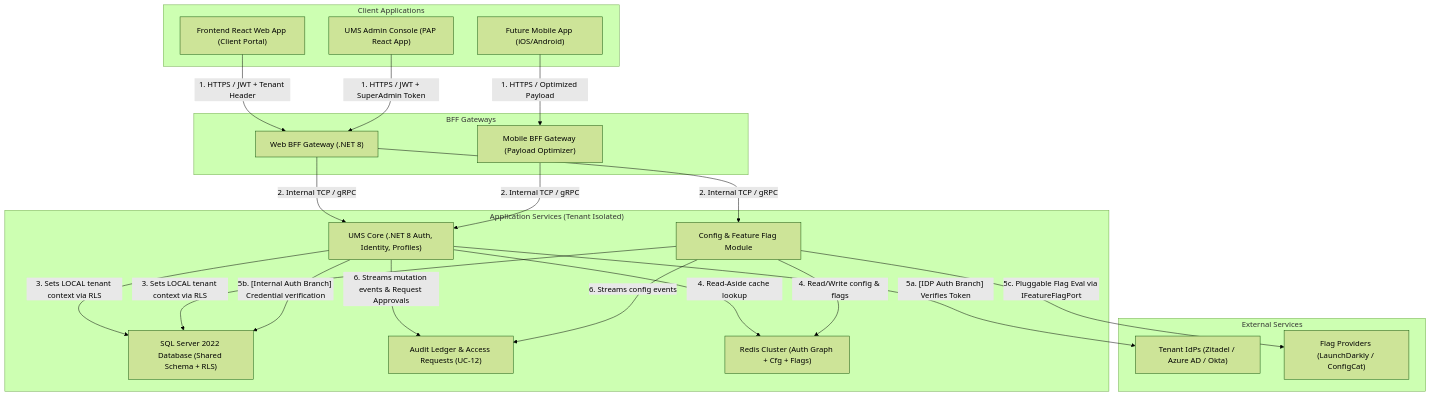
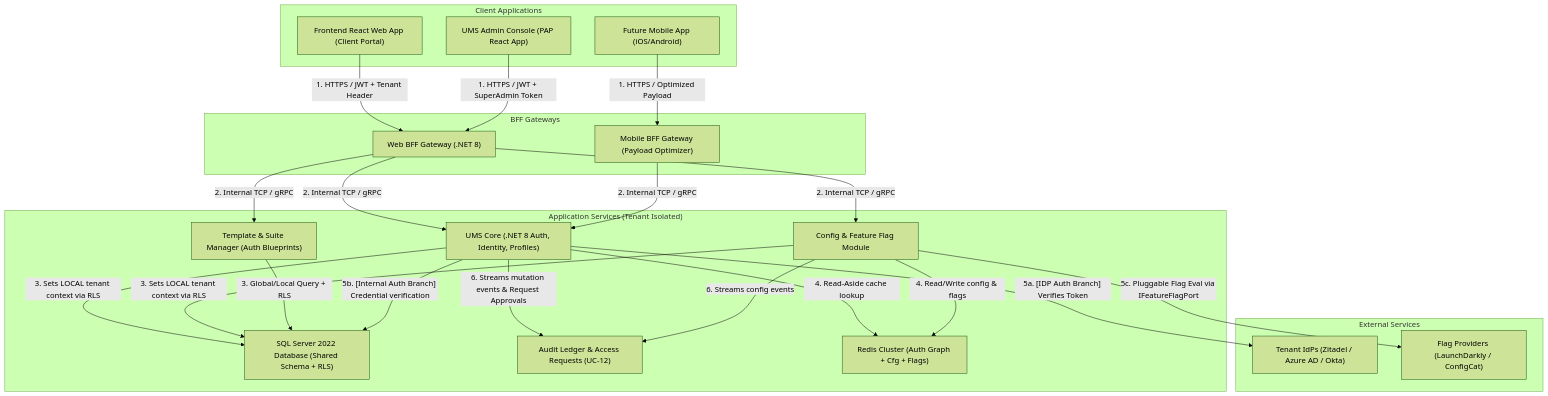
Before and after one commit to beyondnetcode/ums: the second of 8 diagrams in architecture/blueprints/architecture-spec.md, drawn with Mermaid (forest theme). The commit also changed other lines of this file and 7 other files, not shown here.

````diff
--- a/architecture/blueprints/architecture-spec.md
+++ b/architecture/blueprints/architecture-spec.md
@@ -73,44 +70,47 @@
 ```mermaid
 graph TD
     subgraph Clients["Client Applications"]
         ReactApp["Frontend React Web App (Client Portal)"]
         AdminApp["UMS Admin Console (PAP React App)"]
         MobileApp["Future Mobile App (iOS/Android)"]
     end
 
     subgraph Gateways["BFF Gateways"]
         WebBFF["Web BFF Gateway (.NET 8)"]
         MobileBFF["Mobile BFF Gateway (Payload Optimizer)"]
     end
 
     subgraph Server["Application Services (Tenant Isolated)"]
         BackendAPI["UMS Core (.NET 8 Auth, Identity, Profiles)"]
         ConfigAPI["Config & Feature Flag Module"]
+        TemplateAPI["Template & Suite Manager (Auth Blueprints)"]
         SqlServerDB["SQL Server 2022 Database (Shared Schema + RLS)"]
         AuditDB["Audit Ledger & Access Requests (UC-12)"]
         RedisCache["Redis Cluster (Auth Graph + Cfg + Flags)"]
     end
 
     subgraph ExternalServices["External Services"]
         ExternalIdP["Tenant IdPs (Zitadel / Azure AD / Okta)"]
         ExternalProviders["Flag Providers (LaunchDarkly / ConfigCat)"]
     end
 
     ReactApp -->|"1. HTTPS / JWT + Tenant Header"| WebBFF
     AdminApp -->|"1. HTTPS / JWT + SuperAdmin Token"| WebBFF
     MobileApp -->|"1. HTTPS / Optimized Payload"| MobileBFF
     WebBFF -->|"2. Internal TCP / gRPC"| BackendAPI
     WebBFF -->|"2. Internal TCP / gRPC"| ConfigAPI
+    WebBFF -->|"2. Internal TCP / gRPC"| TemplateAPI
     MobileBFF -->|"2. Internal TCP / gRPC"| BackendAPI
     BackendAPI -->|"3. Sets LOCAL tenant context via RLS"| SqlServerDB
     ConfigAPI -->|"3. Sets LOCAL tenant context via RLS"| SqlServerDB
+    TemplateAPI -->|"3. Global/Local Query + RLS"| SqlServerDB
     BackendAPI -->|"4. Read-Aside cache lookup"| RedisCache
     ConfigAPI -->|"4. Read/Write config & flags"| RedisCache
     
     BackendAPI -->|"5a. [IDP Auth Branch] Verifies Token"| ExternalIdP
     BackendAPI -->|"5b. [Internal Auth Branch] Credential verification"| SqlServerDB
     
     ConfigAPI -->|"5c. Pluggable Flag Eval via IFeatureFlagPort"| ExternalProviders
     BackendAPI -->|"6. Streams mutation events & Request Approvals"| AuditDB
     ConfigAPI -->|"6. Streams config events"| AuditDB
 ```
````
